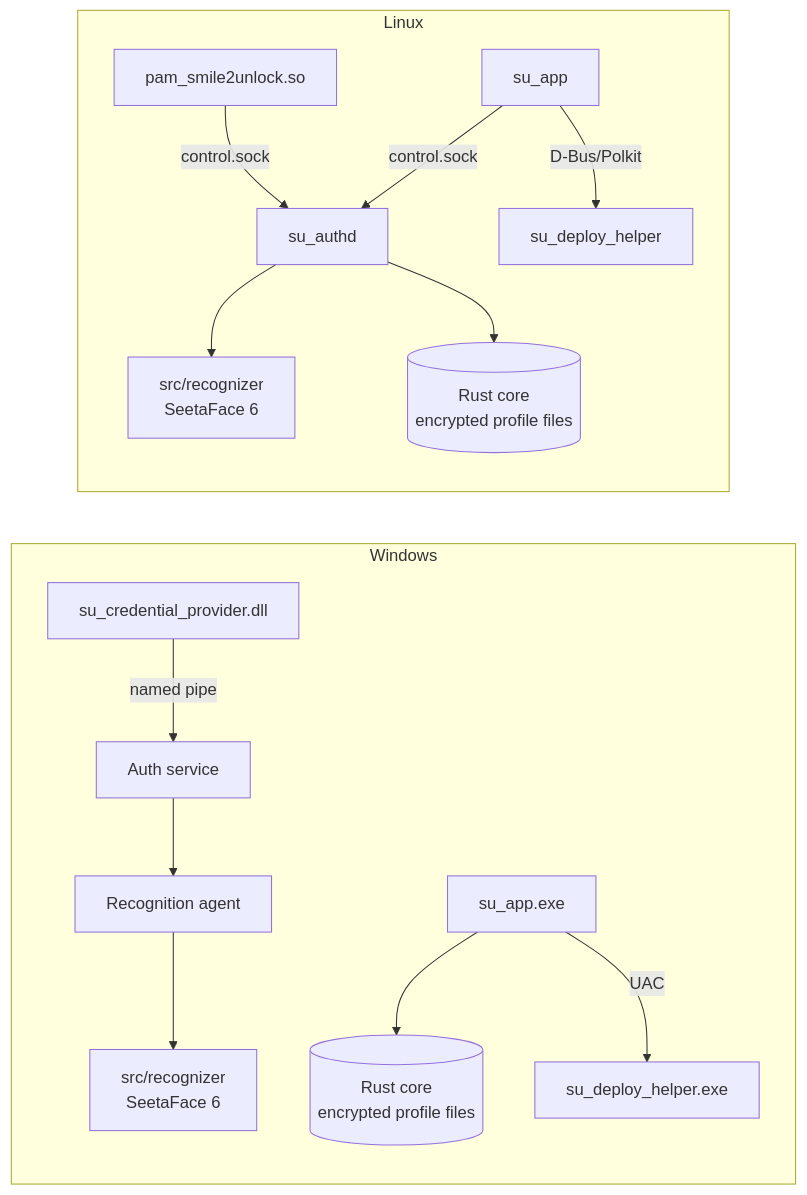
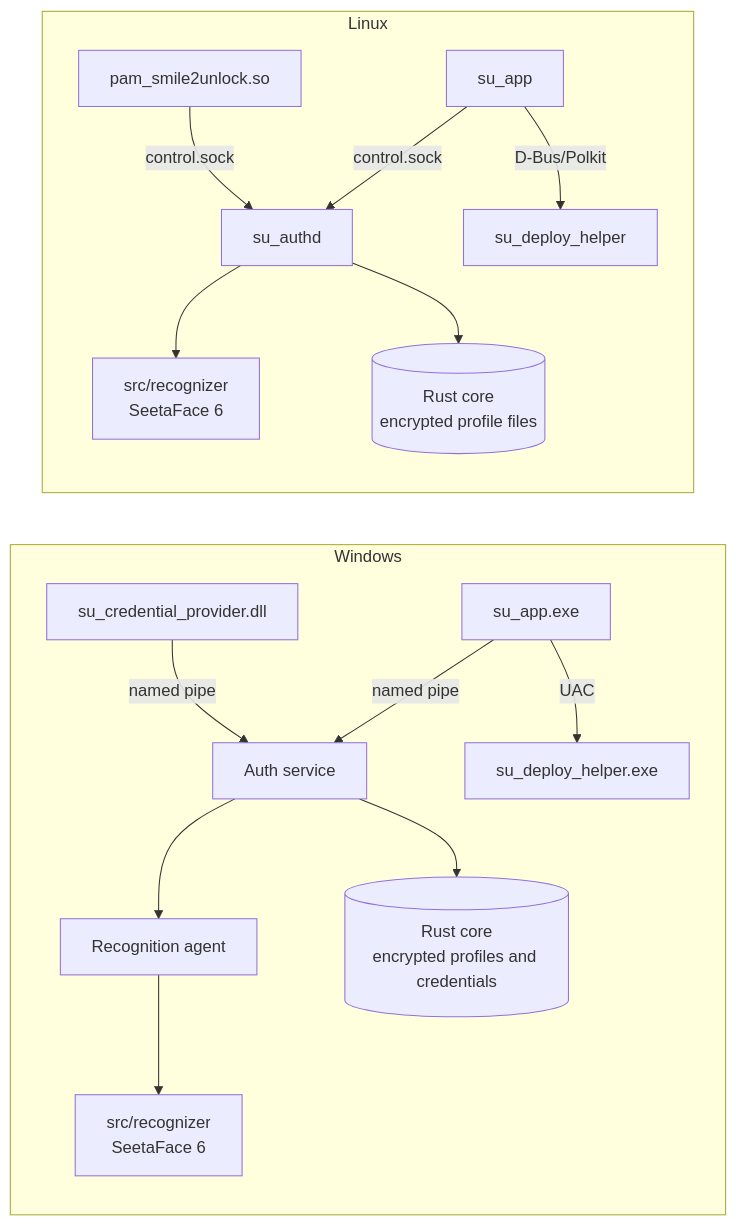
One commit to Smile2Unlock/Smile2Unlock_v2 changed the diagram in README.md. Above: the diagram before and after it, drawn with Mermaid. The commit also changed other lines of this file and 9 other files, not shown here.

````diff
--- a/README.md
+++ b/README.md
@@ -106,17 +106,18 @@
 ```mermaid
 flowchart LR
     subgraph Windows
         CP[su_credential_provider.dll] -- named pipe --> SERVICE[Auth service]
+        GUIW[su_app.exe] -- named pipe --> SERVICE
         SERVICE --> AGENT[Recognition agent]
         AGENT --> REC[src/recognizer<br/>SeetaFace 6]
-        GUIW[su_app.exe] --> CORE[(Rust core<br/>encrypted profile files)]
+        SERVICE --> CORE[(Rust core<br/>encrypted profiles and credentials)]
         GUIW -- UAC --> HELPER[su_deploy_helper.exe]
     end
     subgraph Linux
         PAM[pam_smile2unlock.so] -- control.sock --> AUTHD[su_authd]
         AUTHD --> REC2[src/recognizer<br/>SeetaFace 6]
         AUTHD --> CORE2[(Rust core<br/>encrypted profile files)]
         GUI[su_app] -- control.sock --> AUTHD
         GUI -- D-Bus/Polkit --> HELPER2[su_deploy_helper]
     end
 ```
````
